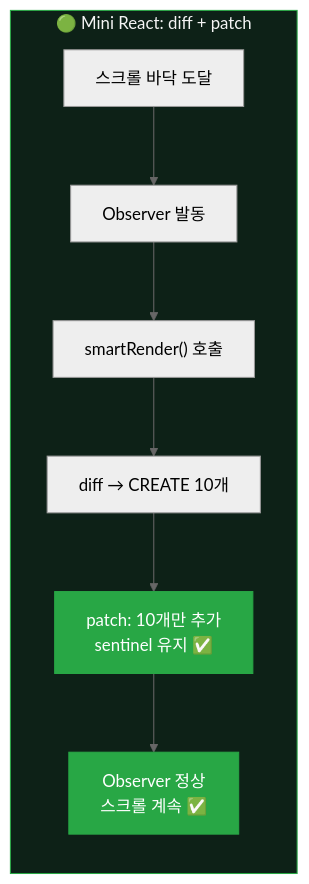
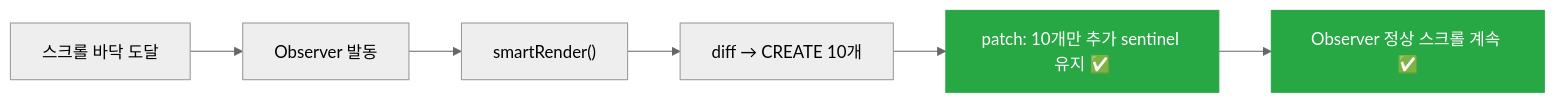
The fifth of 6 diagrams in README.md (JYPark-Code/jungle_w4_react_vdom_diff), drawn with Mermaid (neutral theme) before and after one commit. The commit also changed other lines of this file, not shown here.

First line of the commit message:
docs(readme): 인피니트 스크롤 다이어그램 수평 흐름으로 수정

````diff
--- a/README.md
+++ b/README.md
@@ -191,14 +193,7 @@
 ```mermaid
 graph LR
-    subgraph VDOM["🟢 Mini React: diff + patch"]
-        M1["스크롤 바닥 도달"] --> M2["Observer 발동"]
-        M2 --> M3["smartRender() 호출"]
-        M3 --> M4["diff → CREATE 10개"]
-        M4 --> M5["patch: 10개만 추가<br/>sentinel 유지 ✅"]
-        M5 --> M6["Observer 정상<br/>스크롤 계속 ✅"]
-    end
+    M1["스크롤 바닥 도달"] --> M2["Observer 발동"] --> M3["smartRender()"] --> M4["diff → CREATE 10개"] --> M5["patch: 10개만 추가 sentinel 유지 ✅"] --> M6["Observer 정상 스크롤 계속 ✅"]
 
-    style VDOM fill:#0d2117,stroke:#28a745,color:#f5f5f5
     style M5 fill:#28a745,stroke:#28a745,color:#fff
     style M6 fill:#28a745,stroke:#28a745,color:#fff
 ```
````
